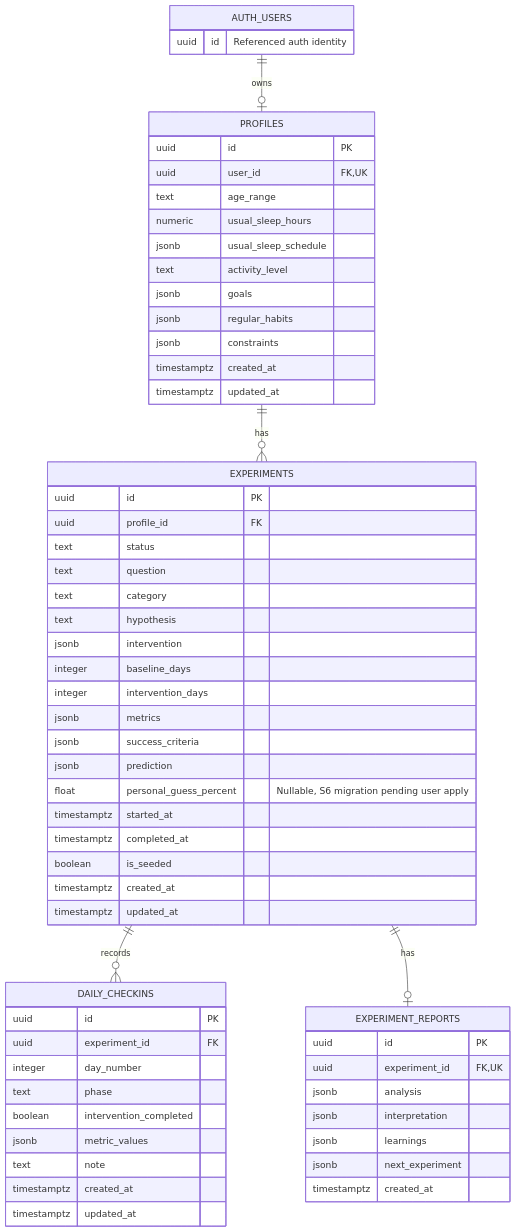
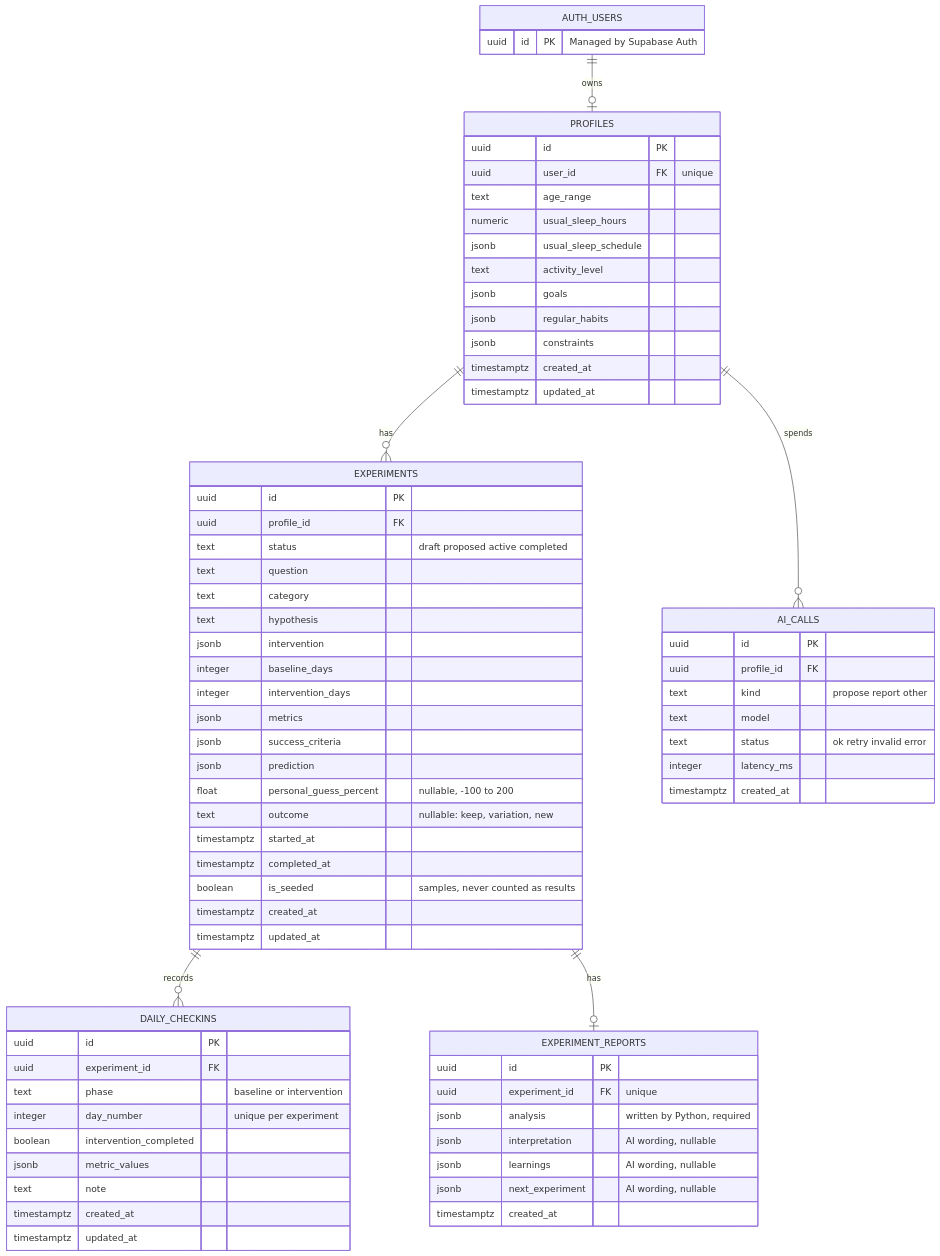
The second of 6 diagrams in docs/ARCHITECTURE.md (mnahsanofficial/rhythm-health), drawn with Mermaid before and after one commit. The commit also changed other lines of this file and 22 other files, not shown here.

````diff
--- a/docs/ARCHITECTURE.md
+++ b/docs/ARCHITECTURE.md
@@ -134,64 +72,75 @@
 ```mermaid
 erDiagram
-    AUTH_USERS ||--o| PROFILES : owns
-    PROFILES ||--o{ EXPERIMENTS : has
-    EXPERIMENTS ||--o{ DAILY_CHECKINS : records
-    EXPERIMENTS ||--o| EXPERIMENT_REPORTS : has
+    AUTH_USERS ||--o| PROFILES : "owns"
+    PROFILES ||--o{ EXPERIMENTS : "has"
+    PROFILES ||--o{ AI_CALLS : "spends"
+    EXPERIMENTS ||--o{ DAILY_CHECKINS : "records"
+    EXPERIMENTS ||--o| EXPERIMENT_REPORTS : "has"
 
     AUTH_USERS {
-        uuid id "Referenced auth identity"
+        uuid id PK "Managed by Supabase Auth"
     }
     PROFILES {
         uuid id PK
-        uuid user_id FK, UK
+        uuid user_id FK "unique"
         text age_range
         numeric usual_sleep_hours
         jsonb usual_sleep_schedule
         text activity_level
         jsonb goals
         jsonb regular_habits
         jsonb constraints
         timestamptz created_at
         timestamptz updated_at
     }
     EXPERIMENTS {
         uuid id PK
         uuid profile_id FK
-        text status
+        text status "draft proposed active completed"
         text question
         text category
         text hypothesis
         jsonb intervention
         integer baseline_days
         integer intervention_days
         jsonb metrics
         jsonb success_criteria
         jsonb prediction
-        float personal_guess_percent "Nullable, S6 migration pending user apply"
+        float personal_guess_percent "nullable, -100 to 200"
+        text outcome "nullable: keep, variation, new"
         timestamptz started_at
         timestamptz completed_at
-        boolean is_seeded
+        boolean is_seeded "samples, never counted as results"
         timestamptz created_at
         timestamptz updated_at
     }
     DAILY_CHECKINS {
         uuid id PK
         uuid experiment_id FK
-        integer day_number
-        text phase
+        text phase "baseline or intervention"
+        integer day_number "unique per experiment"
         boolean intervention_completed
         jsonb metric_values
         text note
         timestamptz created_at
         timestamptz updated_at
     }
     EXPERIMENT_REPORTS {
         uuid id PK
-        uuid experiment_id FK, UK
-        jsonb analysis
-        jsonb interpretation
-        jsonb learnings
-        jsonb next_experiment
+        uuid experiment_id FK "unique"
+        jsonb analysis "written by Python, required"
+        jsonb interpretation "AI wording, nullable"
+        jsonb learnings "AI wording, nullable"
+        jsonb next_experiment "AI wording, nullable"
+        timestamptz created_at
+    }
+    AI_CALLS {
+        uuid id PK
+        uuid profile_id FK
+        text kind "propose report other"
+        text model
+        text status "ok retry invalid error"
+        integer latency_ms
         timestamptz created_at
     }
 ```
````
